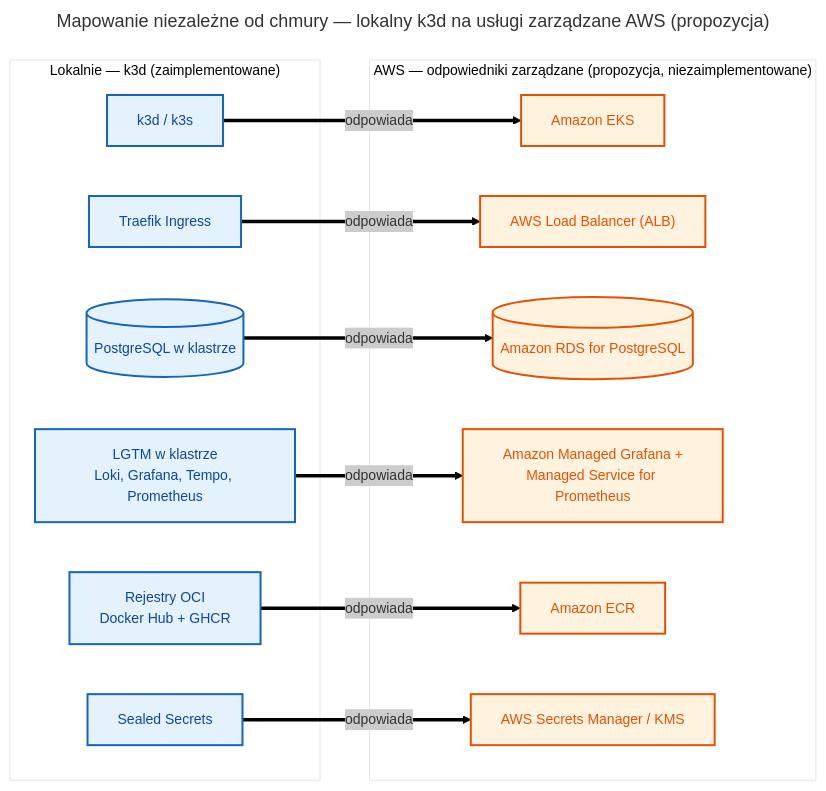
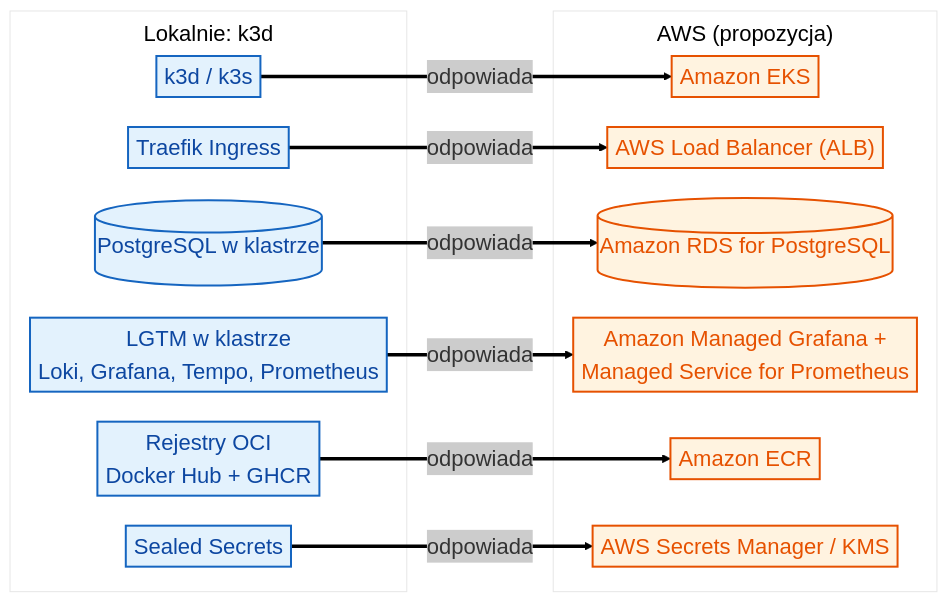
One commit to mwas-inz/bsc-devops changed the diagram in docs/diagrams/08-operate/operate-02-aws-equivalent.mmd. Above: the diagram before and after it, drawn with Mermaid. The commit also changed 51 other files, not shown here.

First line of the commit message:
docs(diagrams): rework Mermaid diagrams for print legibility

```diff
--- a/docs/diagrams/08-operate/operate-02-aws-equivalent.mmd
+++ b/docs/diagrams/08-operate/operate-02-aws-equivalent.mmd
@@ -1,35 +1,46 @@
 ---
-title: Mapowanie niezależne od chmury — lokalny k3d na usługi zarządzane AWS (propozycja)
 config:
   theme: neo
+  themeVariables:
+    fontSize: 22px
+  flowchart:
+    nodeSpacing: 30
+    rankSpacing: 40
+    padding: 4
+    subGraphTitleMargin:
+      top: 6
+      bottom: 14
+    diagramPadding: 8
+    wrappingWidth: 600
 ---
+%% Mapowanie niezależne od chmury — lokalny k3d na usługi zarządzane AWS (propozycja)
 flowchart LR
-    subgraph local["Lokalnie — k3d (zaimplementowane)"]
+    subgraph local["Lokalnie: k3d"]
         l_k8s["k3d / k3s"]
         l_ingress["Traefik Ingress"]
         l_db[("PostgreSQL w klastrze")]
         l_obs["LGTM w klastrze<br/>Loki, Grafana, Tempo, Prometheus"]
         l_reg["Rejestry OCI<br/>Docker Hub + GHCR"]
         l_secret["Sealed Secrets"]
     end
 
-    subgraph aws["AWS — odpowiedniki zarządzane (propozycja, niezaimplementowane)"]
+    subgraph aws["AWS (propozycja)"]
         a_k8s["Amazon EKS"]
         a_ingress["AWS Load Balancer (ALB)"]
         a_db[("Amazon RDS for PostgreSQL")]
         a_obs["Amazon Managed Grafana +<br/>Managed Service for Prometheus"]
         a_reg["Amazon ECR"]
         a_secret["AWS Secrets Manager / KMS"]
     end
 
     l_k8s ==>|odpowiada| a_k8s
     l_ingress ==>|odpowiada| a_ingress
     l_db ==>|odpowiada| a_db
     l_obs ==>|odpowiada| a_obs
     l_reg ==>|odpowiada| a_reg
     l_secret ==>|odpowiada| a_secret
 
     classDef localc fill:#e3f2fd,stroke:#1565c0,color:#0d47a1;
     classDef awsc fill:#fff3e0,stroke:#e65100,color:#e65100;
     class l_k8s,l_ingress,l_db,l_obs,l_reg,l_secret localc;
     class a_k8s,a_ingress,a_db,a_obs,a_reg,a_secret awsc;
```
